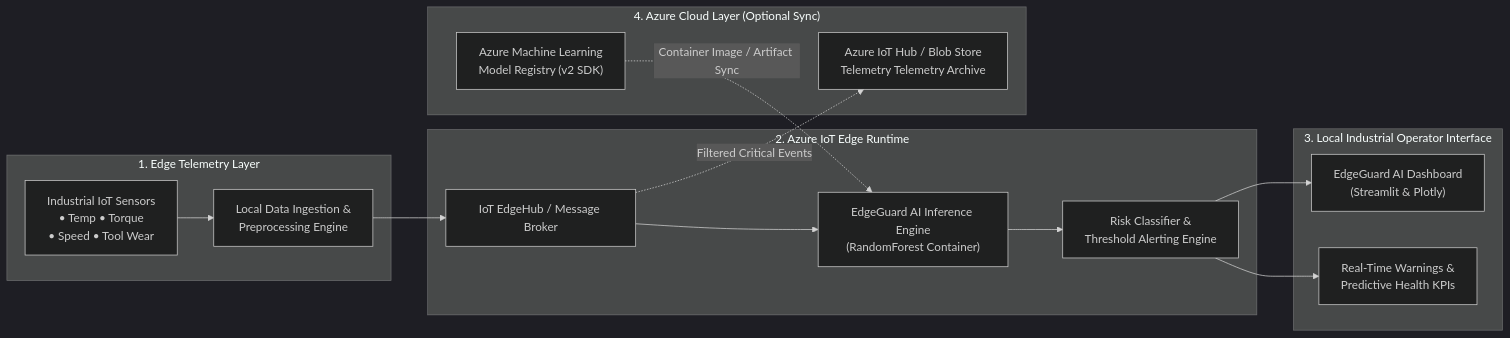
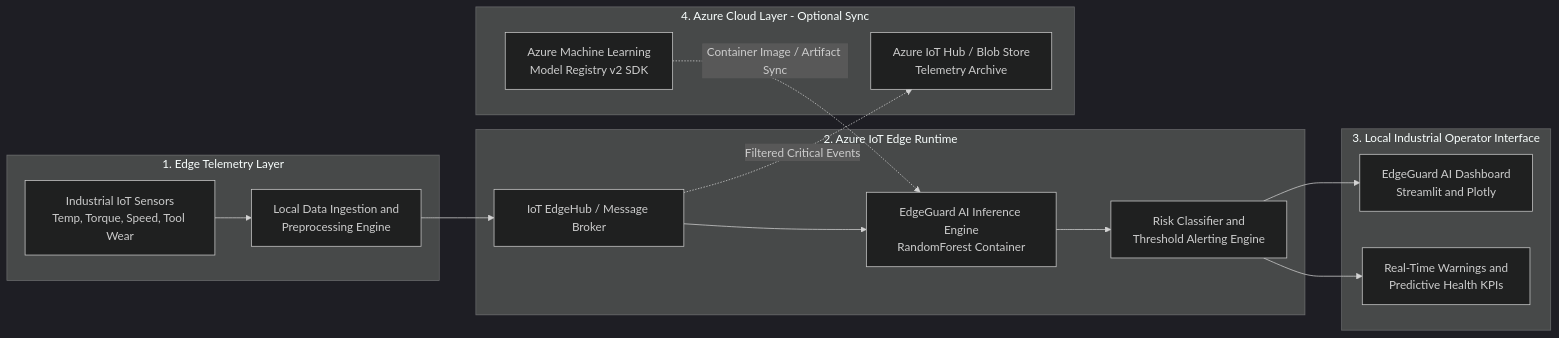
The diagram in deployment/architecture.md (shrushti96-dot/EdgeGuard-AI), drawn with Mermaid (dark theme) before and after one commit. The commit also changed 2 other files, not shown here.

Commit message:
Fix Mermaid diagram syntax in README and architecture documentation

````diff
--- a/deployment/architecture.md
+++ b/deployment/architecture.md
@@ -9,33 +9,33 @@
 ```mermaid
 flowchart LR
-    subgraph "1. Edge Telemetry Layer"
-        Sensors["Industrial IoT Sensors\n• Temp • Torque\n• Speed • Tool Wear"]
-        Ingestion["Local Data Ingestion &\nPreprocessing Engine"]
+    subgraph Sub1 ["1. Edge Telemetry Layer"]
+        Sensors["Industrial IoT Sensors<br/>Temp, Torque, Speed, Tool Wear"]
+        Ingestion["Local Data Ingestion and<br/>Preprocessing Engine"]
     end
 
-    subgraph "2. Azure IoT Edge Runtime"
+    subgraph Sub2 ["2. Azure IoT Edge Runtime"]
         EdgeHub["IoT EdgeHub / Message Broker"]
-        EdgeModel["EdgeGuard AI Inference Engine\n(RandomForest Container)"]
-        Classifier["Risk Classifier &\nThreshold Alerting Engine"]
+        EdgeModel["EdgeGuard AI Inference Engine<br/>RandomForest Container"]
+        Classifier["Risk Classifier and<br/>Threshold Alerting Engine"]
     end
 
-    subgraph "3. Local Industrial Operator Interface"
-        Dashboard["EdgeGuard AI Dashboard\n(Streamlit & Plotly)"]
-        Alerts["Real-Time Warnings &\nPredictive Health KPIs"]
+    subgraph Sub3 ["3. Local Industrial Operator Interface"]
+        Dashboard["EdgeGuard AI Dashboard<br/>Streamlit and Plotly"]
+        Alerts["Real-Time Warnings and<br/>Predictive Health KPIs"]
     end
 
-    subgraph "4. Azure Cloud Layer (Optional Sync)"
-        AzureML["Azure Machine Learning\nModel Registry (v2 SDK)"]
-        IoTCloud["Azure IoT Hub / Blob Store\nTelemetry Telemetry Archive"]
+    subgraph Sub4 ["4. Azure Cloud Layer - Optional Sync"]
+        AzureML["Azure Machine Learning<br/>Model Registry v2 SDK"]
+        IoTCloud["Azure IoT Hub / Blob Store<br/>Telemetry Archive"]
     end
 
     Sensors --> Ingestion
     Ingestion --> EdgeHub
     EdgeHub --> EdgeModel
     EdgeModel --> Classifier
     Classifier --> Dashboard
     Classifier --> Alerts
     
     AzureML -.->|Container Image / Artifact Sync| EdgeModel
     EdgeHub -.->|Filtered Critical Events| IoTCloud
 ```
````
